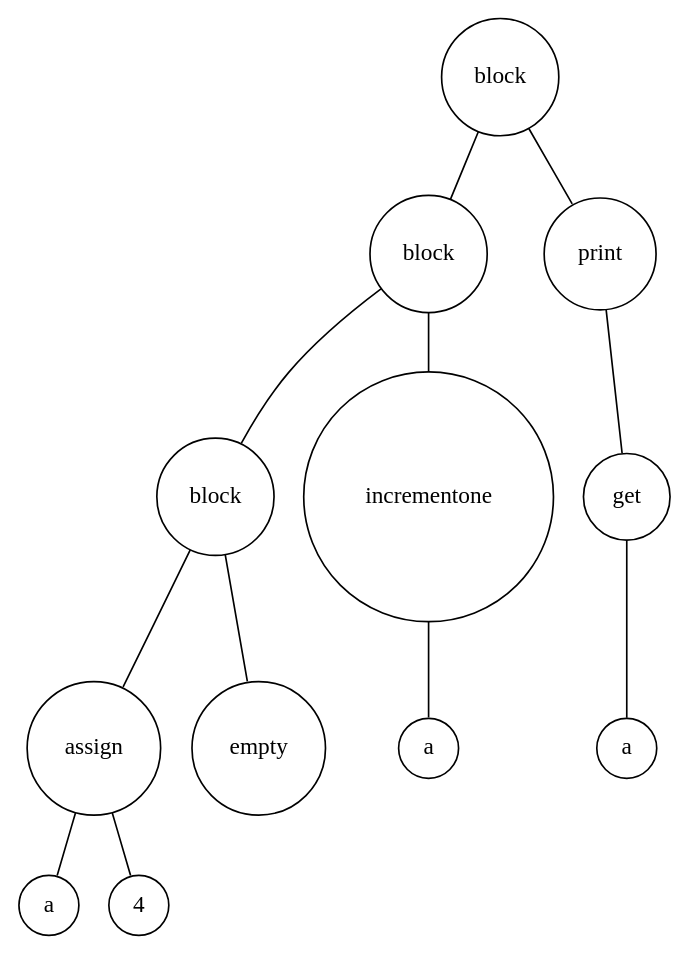
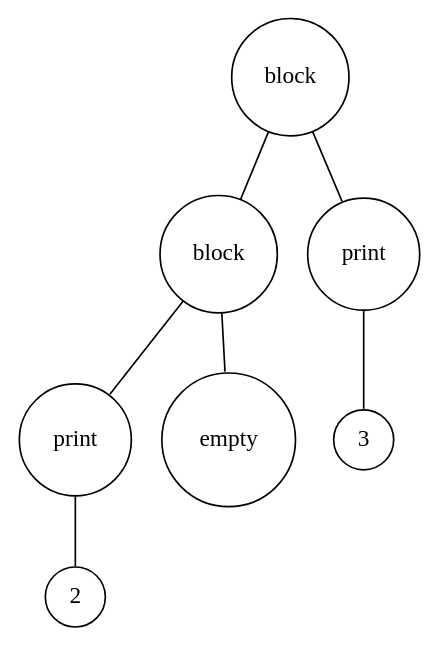
Before and after one commit to Trevodorax/ply-custom-language: the diagram in Digraph.gv, drawn with Graphviz. The commit also changed 3 other files, not shown here.

```diff
--- a/Digraph.gv
+++ b/Digraph.gv
@@ -1,26 +1,16 @@
 digraph {
 	node [shape=circle]
-	"43d02e30-f222-4144-b0c2-b50970b63885" [label=block]
-	"dad6ab9d-c6da-48e8-88fb-c9929fb5c064" [label=block]
-	"0ab5a544-8506-45c7-ac82-ba5473f0fa28" [label=block]
-	"8439ec1f-fbb6-4bc4-b63a-930aa7c676b8" [label=assign]
-	"1ef9f613-aeca-42be-9601-3f703dae4ed4" [label=a]
-	"8439ec1f-fbb6-4bc4-b63a-930aa7c676b8" -> "1ef9f613-aeca-42be-9601-3f703dae4ed4" [arrowsize=0]
-	"2b0b8108-3820-467b-b211-2f4c9ee72ea9" [label=4]
-	"8439ec1f-fbb6-4bc4-b63a-930aa7c676b8" -> "2b0b8108-3820-467b-b211-2f4c9ee72ea9" [arrowsize=0]
-	"0ab5a544-8506-45c7-ac82-ba5473f0fa28" -> "8439ec1f-fbb6-4bc4-b63a-930aa7c676b8" [arrowsize=0]
-	"eae936c7-7795-4b6d-9eaa-8d90a8c4183f" [label=empty]
-	"0ab5a544-8506-45c7-ac82-ba5473f0fa28" -> "eae936c7-7795-4b6d-9eaa-8d90a8c4183f" [arrowsize=0]
-	"dad6ab9d-c6da-48e8-88fb-c9929fb5c064" -> "0ab5a544-8506-45c7-ac82-ba5473f0fa28" [arrowsize=0]
-	"8da0f4d9-b427-4543-ae17-777fac43f471" [label=incrementone]
-	"b2c37bd5-d532-4d73-9692-48b46d508bb0" [label=a]
-	"8da0f4d9-b427-4543-ae17-777fac43f471" -> "b2c37bd5-d532-4d73-9692-48b46d508bb0" [arrowsize=0]
-	"dad6ab9d-c6da-48e8-88fb-c9929fb5c064" -> "8da0f4d9-b427-4543-ae17-777fac43f471" [arrowsize=0]
-	"43d02e30-f222-4144-b0c2-b50970b63885" -> "dad6ab9d-c6da-48e8-88fb-c9929fb5c064" [arrowsize=0]
-	"fbb3706d-9aec-4565-89ab-52a6e3df6942" [label=print]
-	"2f76b657-e340-4e64-be67-f7d590da18ad" [label=get]
-	"152d6580-8741-4a42-b597-c74460248828" [label=a]
-	"2f76b657-e340-4e64-be67-f7d590da18ad" -> "152d6580-8741-4a42-b597-c74460248828" [arrowsize=0]
-	"fbb3706d-9aec-4565-89ab-52a6e3df6942" -> "2f76b657-e340-4e64-be67-f7d590da18ad" [arrowsize=0]
-	"43d02e30-f222-4144-b0c2-b50970b63885" -> "fbb3706d-9aec-4565-89ab-52a6e3df6942" [arrowsize=0]
+	"8337167e-dacd-40bc-89e1-db8af9267568" [label=block]
+	"7e4895a1-f033-42b5-8808-f5b05e82e2c6" [label=block]
+	"1286e5ca-47bf-47c3-9987-d080e5c1c6d3" [label=print]
+	"e4e38969-4abd-4e86-a812-2525a1bfbf6c" [label=2]
+	"1286e5ca-47bf-47c3-9987-d080e5c1c6d3" -> "e4e38969-4abd-4e86-a812-2525a1bfbf6c" [arrowsize=0]
+	"7e4895a1-f033-42b5-8808-f5b05e82e2c6" -> "1286e5ca-47bf-47c3-9987-d080e5c1c6d3" [arrowsize=0]
+	"dd2b49a6-4f1c-444f-902f-fc2b86c6a232" [label=empty]
+	"7e4895a1-f033-42b5-8808-f5b05e82e2c6" -> "dd2b49a6-4f1c-444f-902f-fc2b86c6a232" [arrowsize=0]
+	"8337167e-dacd-40bc-89e1-db8af9267568" -> "7e4895a1-f033-42b5-8808-f5b05e82e2c6" [arrowsize=0]
+	"5d51a74e-bcdf-4654-9993-f47703d1323a" [label=print]
+	"a6e491e9-3ac3-4874-9210-6431ce7b7295" [label=3]
+	"5d51a74e-bcdf-4654-9993-f47703d1323a" -> "a6e491e9-3ac3-4874-9210-6431ce7b7295" [arrowsize=0]
+	"8337167e-dacd-40bc-89e1-db8af9267568" -> "5d51a74e-bcdf-4654-9993-f47703d1323a" [arrowsize=0]
 }
```
